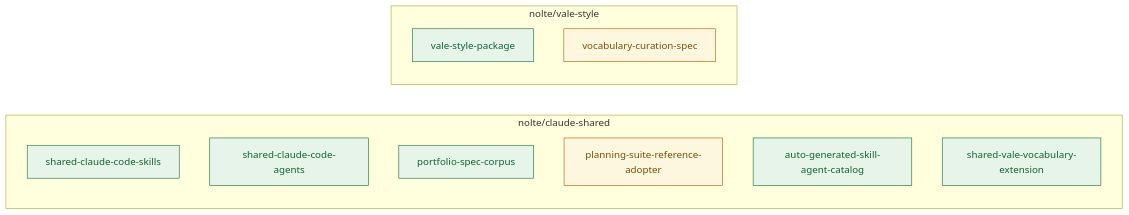
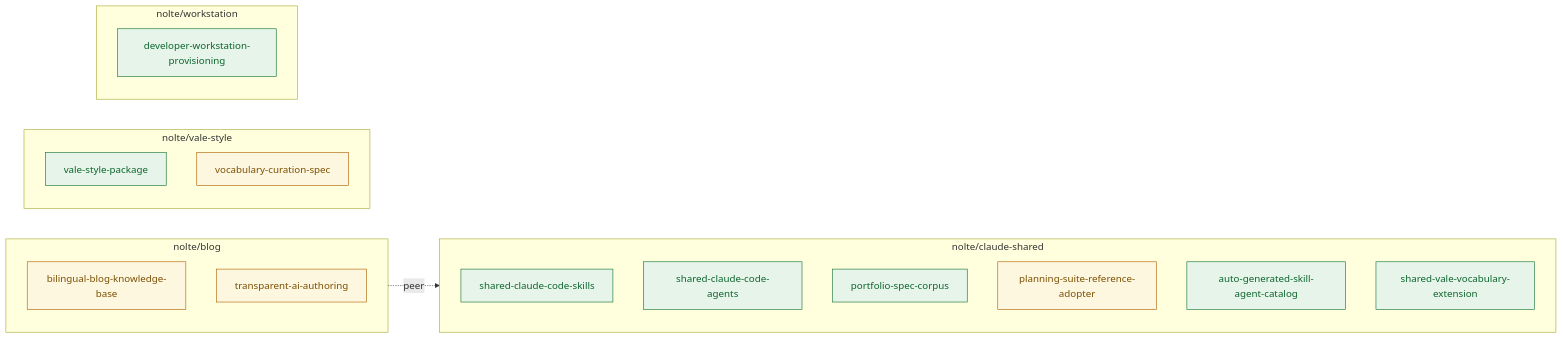
One commit to nolte/claude-shared changed the diagram in docs/de/portfolio/index.md. Above: the diagram before and after it, drawn with Mermaid. The commit also changed other lines of this file and 9 other files, not shown here.

````diff
--- a/docs/de/portfolio/index.md
+++ b/docs/de/portfolio/index.md
@@ -22,27 +22,38 @@
 ```mermaid
 flowchart LR
     classDef active fill:#e6f4ea,stroke:#137333,color:#0d652d;
     classDef experimental fill:#fef7e0,stroke:#b06000,color:#7a4f01;
     classDef deprecated fill:#fce8e6,stroke:#a50e0e,color:#7a1c12;
     classDef planned fill:#e8f0fe,stroke:#1967d2,color:#174ea6;
-    subgraph R0["nolte/claude-shared"]
-        R0C0["shared-claude-code-skills"]
-        R0C1["shared-claude-code-agents"]
-        R0C2["portfolio-spec-corpus"]
-        R0C3["planning-suite-reference-adopter"]
-        R0C4["auto-generated-skill-agent-catalog"]
-        R0C5["shared-vale-vocabulary-extension"]
+    subgraph R0["nolte/blog"]
+        R0C0["bilingual-blog-knowledge-base"]
+        R0C1["transparent-ai-authoring"]
     end
-    subgraph R1["nolte/vale-style"]
-        R1C0["vale-style-package"]
-        R1C1["vocabulary-curation-spec"]
+    subgraph R1["nolte/claude-shared"]
+        R1C0["shared-claude-code-skills"]
+        R1C1["shared-claude-code-agents"]
+        R1C2["portfolio-spec-corpus"]
+        R1C3["planning-suite-reference-adopter"]
+        R1C4["auto-generated-skill-agent-catalog"]
+        R1C5["shared-vale-vocabulary-extension"]
     end
-    class R0C0 active;
-    class R0C1 active;
-    class R0C2 active;
-    class R0C3 experimental;
-    class R0C4 active;
-    class R0C5 active;
+    subgraph R2["nolte/vale-style"]
+        R2C0["vale-style-package"]
+        R2C1["vocabulary-curation-spec"]
+    end
+    subgraph R3["nolte/workstation"]
+        R3C0["developer-workstation-provisioning"]
+    end
+    class R0C0 experimental;
+    class R0C1 experimental;
     class R1C0 active;
-    class R1C1 experimental;
+    class R1C1 active;
+    class R1C2 active;
+    class R1C3 experimental;
+    class R1C4 active;
+    class R1C5 active;
+    class R2C0 active;
+    class R2C1 experimental;
+    class R3C0 active;
+    R0 -.peer.-> R1
 ```
````
